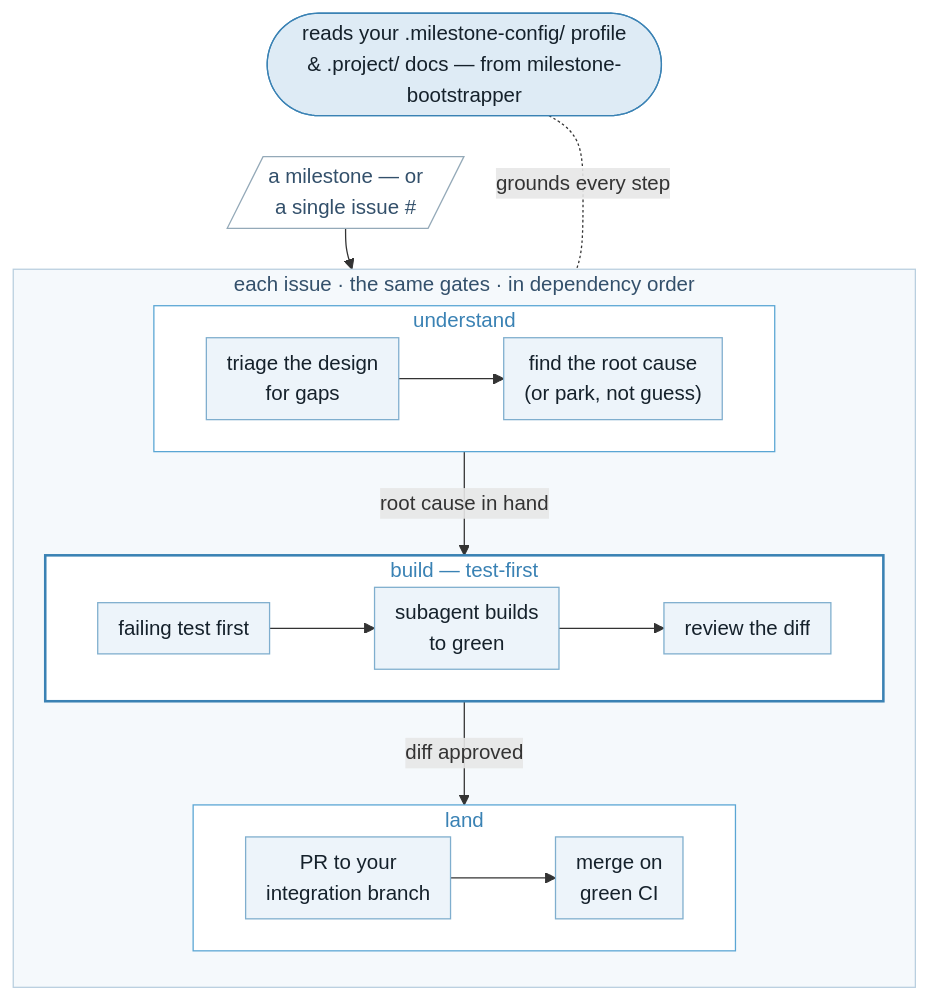
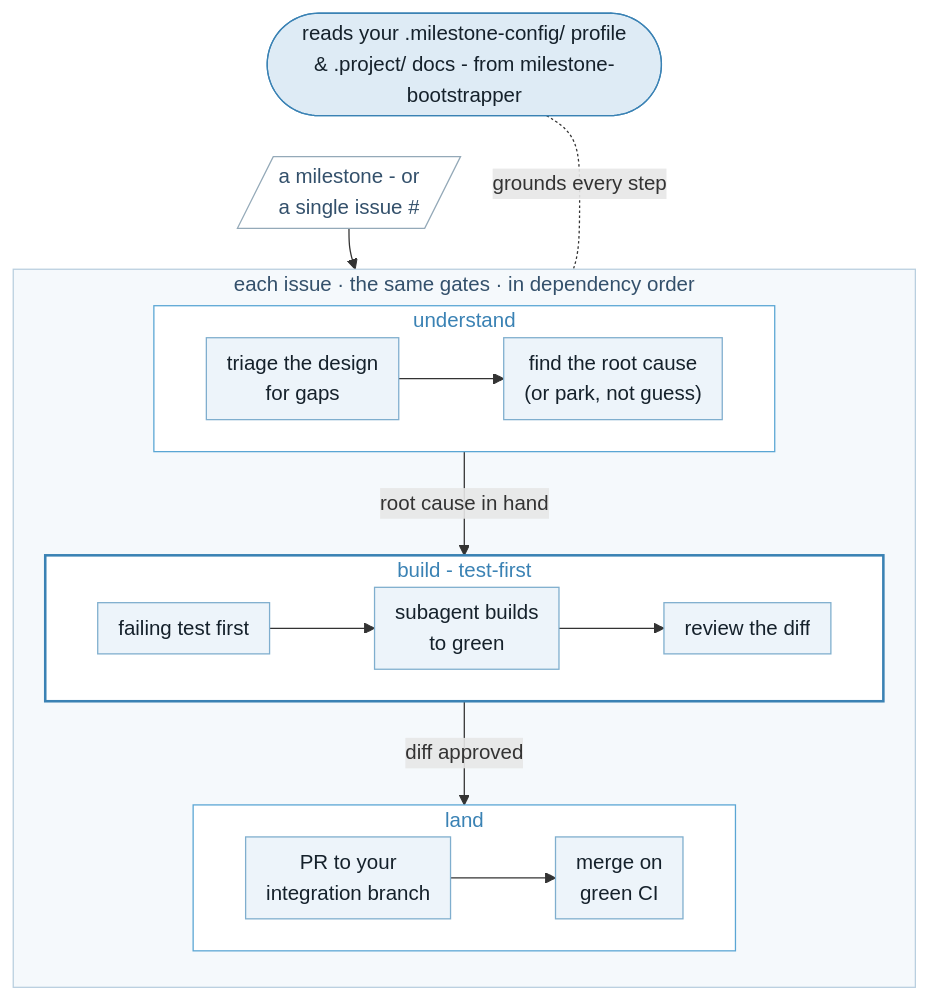
One commit to kenmulford/milestone-driver changed the diagram in README.md. Above: the diagram before and after it, drawn with Mermaid. The commit also changed other lines of this file and 156 other files, not shown here.

````diff
--- a/README.md
+++ b/README.md
@@ -13,39 +13,39 @@
 ```mermaid
 %%{init: {"flowchart": {"wrappingWidth": 280, "nodeSpacing": 30, "rankSpacing": 32, "padding": 8}} }%%
 flowchart TD
-    cfg(["reads your .milestone-config/ profile<br/>&amp; .project/ docs — from milestone-bootstrapper"])
+    cfg(["reads your .milestone-config/ profile<br/>&amp; .project/ docs - from milestone-bootstrapper"])
 
-    input[/"a milestone — or<br/>a single issue #"/]
+    input[/"a milestone - or<br/>a single issue #"/]
 
     subgraph loop [each issue · the same gates · in dependency order]
         direction TB
         subgraph sgU [understand]
             direction LR
             u1["triage the design<br/>for gaps"] --> u2["find the root cause<br/>(or park, not guess)"]
         end
-        subgraph sgB [build — test-first]
+        subgraph sgB [build - test-first]
             direction LR
             b1["failing test first"] --> b2["subagent builds<br/>to green"] --> b3["review the diff"]
         end
         subgraph sgL [land]
             direction LR
             l1["PR to your<br/>integration branch"] --> l2["merge on<br/>green CI"]
         end
 
         sgU -->|root cause in hand| sgB
         sgB -->|diff approved| sgL
     end
 
     cfg ~~~ input
     input --> sgU
     cfg <-.-|grounds every step| loop
 
     style cfg fill:#DEEBF5,stroke:#3A82B4,color:#15212B
     style input fill:#FFFFFF,stroke:#94A9B8,color:#33506B
     style loop fill:#F5F9FC,stroke:#B9CFDF,color:#33506B
     style sgU fill:#FFFFFF,stroke:#5AA6D4,color:#3A82B4
     style sgB fill:#FFFFFF,stroke:#3A82B4,stroke-width:2px,color:#3A82B4
     style sgL fill:#FFFFFF,stroke:#5AA6D4,color:#3A82B4
     classDef action fill:#EDF4FA,stroke:#7FAECE,color:#15212B
     class u1,u2,b1,b2,b3,l1,l2 action
 ```
````
